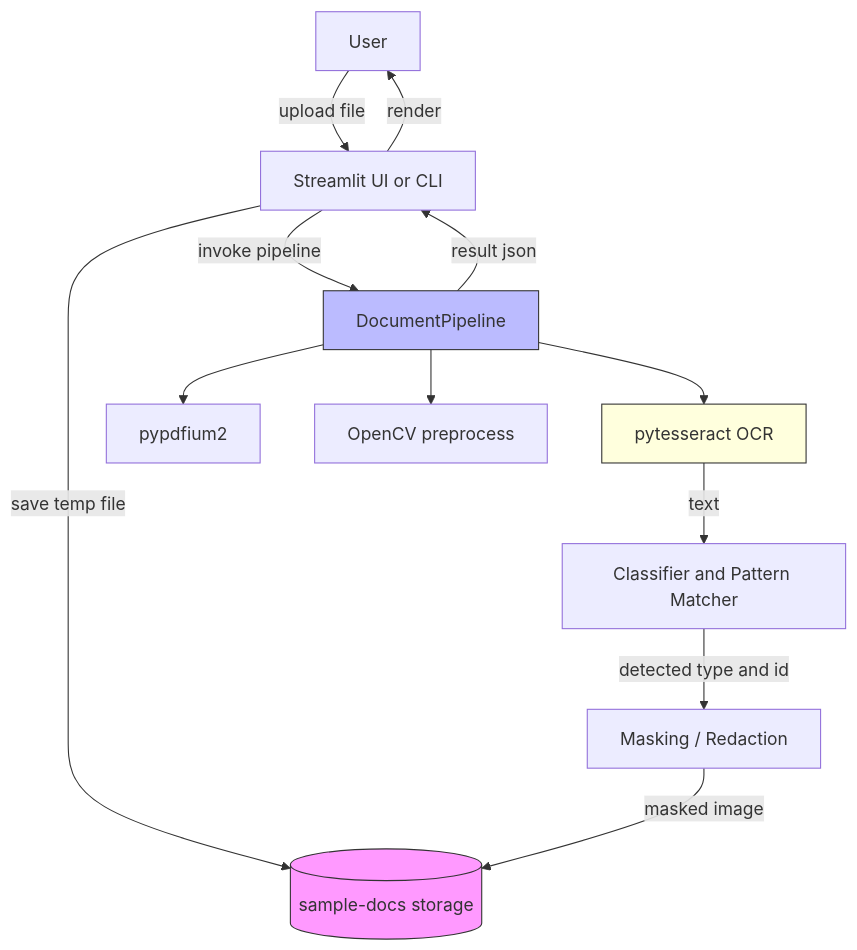
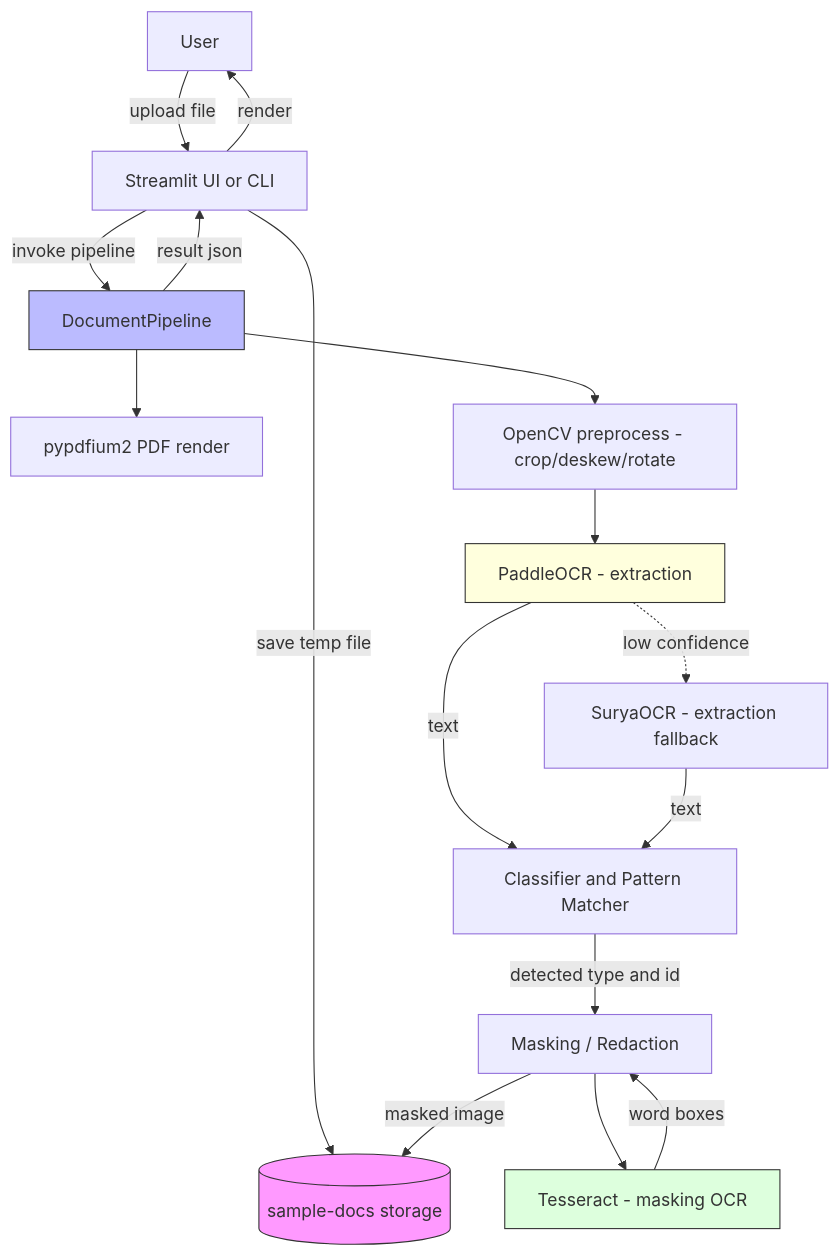
The first of 5 diagrams in README.md (recrivio-dev/kyc-test), drawn with Mermaid before and after one commit. The commit also changed other lines of this file and 16 other files, not shown here.

Commit message:
paddle-cor, surya-ocr and tesseract

````diff
--- a/README.md
+++ b/README.md
@@ -106,28 +117,35 @@
 ```mermaid
 flowchart TD
 	U[User]
 	S[Streamlit UI or CLI]
 	FS[(sample-docs storage)]
 	P[DocumentPipeline]
-	OCR[pytesseract OCR]
-	PDF[pypdfium2]
-	CV[OpenCV preprocess]
+	PDF[pypdfium2 PDF render]
+	CV[OpenCV preprocess - crop/deskew/rotate]
+	PAD[PaddleOCR - extraction]
+	SUR[SuryaOCR - extraction fallback]
 	CLF[Classifier and Pattern Matcher]
+	TES[Tesseract - masking OCR]
 	MASK[Masking / Redaction]
 
 	U -->|upload file| S
 	S -->|save temp file| FS
 	S -->|invoke pipeline| P
-	P --> OCR
 	P --> PDF
 	P --> CV
-	OCR -->|text| CLF
+	CV --> PAD
+	PAD -.low confidence.-> SUR
+	PAD -->|text| CLF
+	SUR -->|text| CLF
 	CLF -->|detected type and id| MASK
+	MASK --> TES
+	TES -->|word boxes| MASK
 	MASK -->|masked image| FS
 	P -->|result json| S
 	S -->|render| U
 
 	style FS fill:#f9f,stroke:#333,stroke-width:1px
 	style P fill:#bbf,stroke:#333,stroke-width:1px
-	style OCR fill:#ffd,stroke:#333,stroke-width:1px
+	style PAD fill:#ffd,stroke:#333,stroke-width:1px
+	style TES fill:#dfd,stroke:#333,stroke-width:1px
 ```
````
